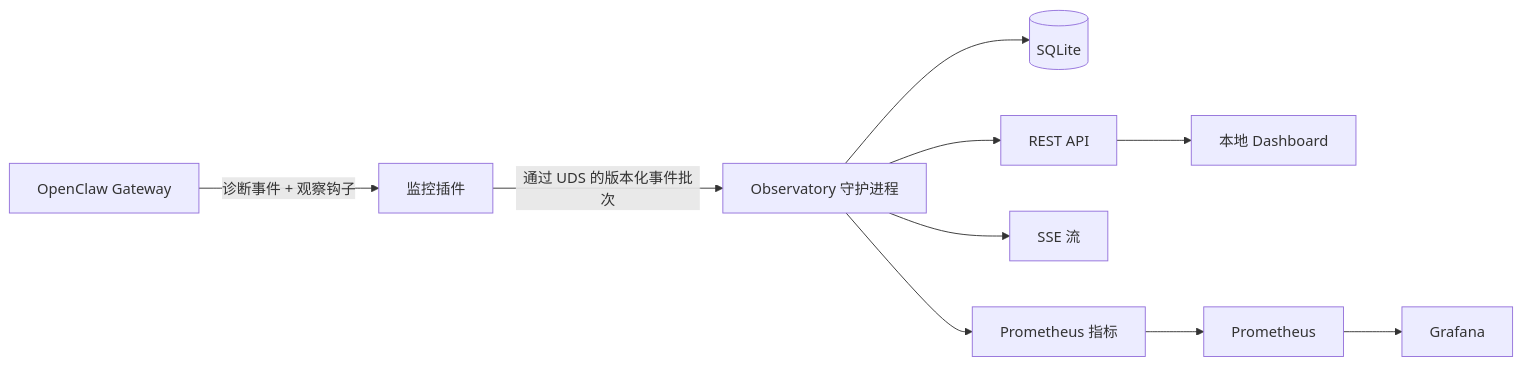
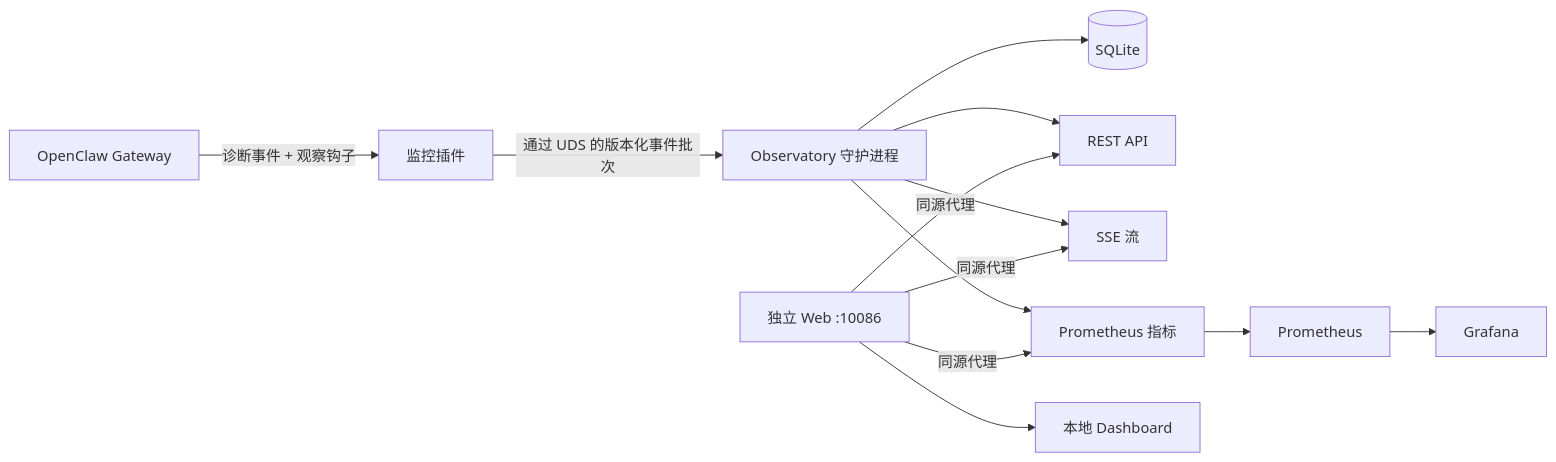
One commit to zylcold/openclaw-observatory changed the diagram in README.zh.md. Above: the diagram before and after it, drawn with Mermaid. The commit also changed other lines of this file and 32 other files, not shown here.

First line of the commit message:
feat: add web server, agent tracking, schema migrations v2/v3

````diff
--- a/README.zh.md
+++ b/README.zh.md
@@ -34,12 +34,15 @@
 ```mermaid
 flowchart LR
     OC[OpenClaw Gateway] -->|诊断事件 + 观察钩子| P[监控插件]
     P -->|通过 UDS 的版本化事件批次| D[Observatory 守护进程]
     D --> S[(SQLite)]
     D --> R[REST API]
     D --> E[SSE 流]
     D --> M[Prometheus 指标]
-    R --> UI[本地 Dashboard]
+    W[独立 Web :10086] -->|同源代理| R
+    W -->|同源代理| E
+    W -->|同源代理| M
+    W --> UI[本地 Dashboard]
     M --> PR[Prometheus]
     PR --> G[Grafana]
 ```
````
